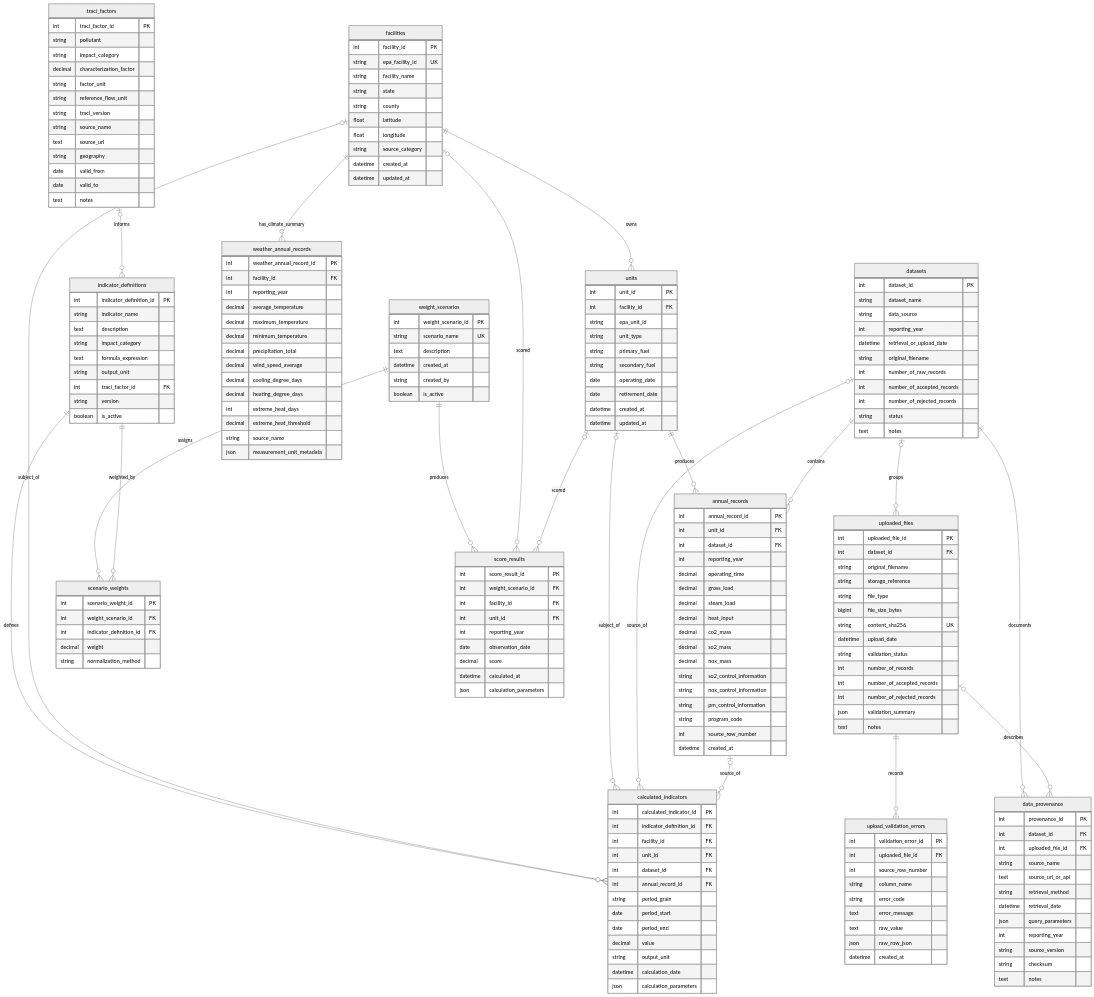
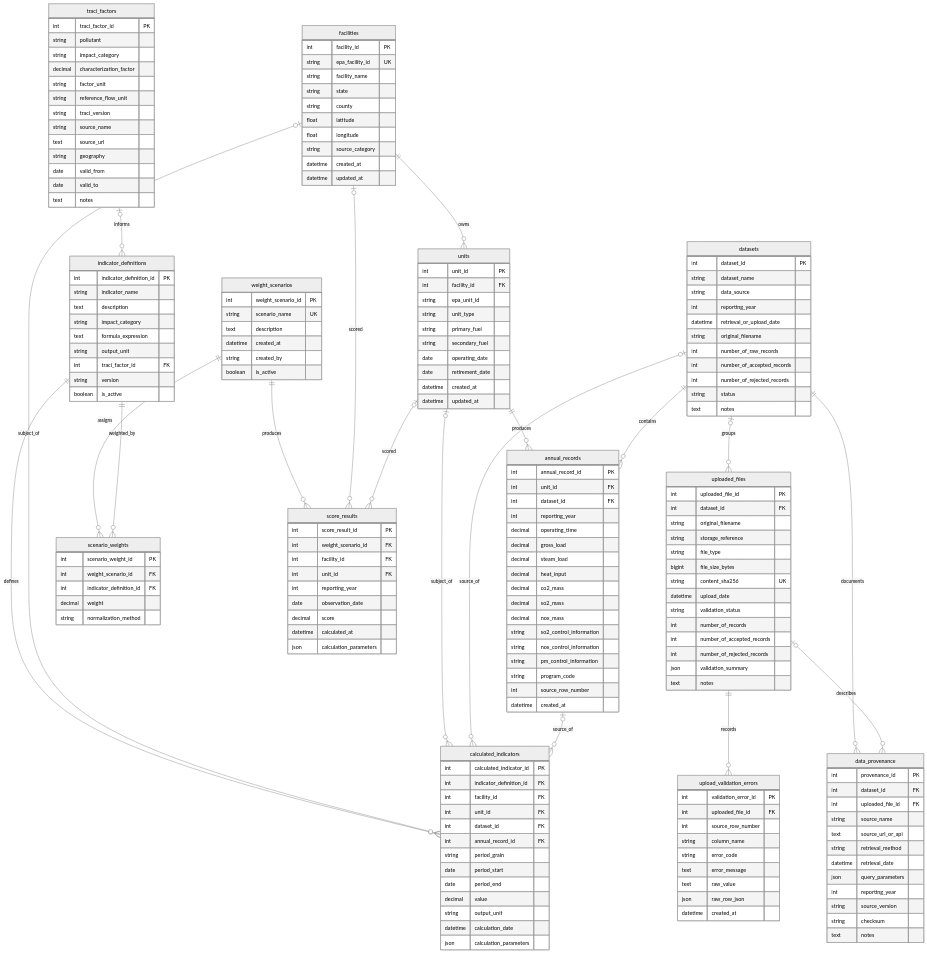
Before and after one commit to Maddox-555/epaData: the diagram in DATABASE_SCHEMA.md, drawn with Mermaid (neutral theme). The commit also changed other lines of this file and 5 other files, not shown here.

```diff
--- a/DATABASE_SCHEMA.md
+++ b/DATABASE_SCHEMA.md
@@ -116,22 +114,6 @@
 		string checksum
 		text notes
 	}
-	weather_annual_records {
-		int weather_annual_record_id PK
-		int facility_id FK
-		int reporting_year
-		decimal average_temperature
-		decimal maximum_temperature
-		decimal minimum_temperature
-		decimal precipitation_total
-		decimal wind_speed_average
-		decimal cooling_degree_days
-		decimal heating_degree_days
-		int extreme_heat_days
-		decimal extreme_heat_threshold
-		string source_name
-		json measurement_unit_metadata
-	}
 	traci_factors {
 		int traci_factor_id PK
 		string pollutant
@@ -207,7 +189,6 @@
 	uploaded_files ||--o{ upload_validation_errors : records
 	datasets ||--o{ data_provenance : documents
 	uploaded_files o|--o{ data_provenance : describes
-	facilities ||--o{ weather_annual_records : has_climate_summary
 	traci_factors o|--o{ indicator_definitions : informs
 	indicator_definitions ||--o{ calculated_indicators : defines
 	facilities o|--o{ calculated_indicators : subject_of
```
